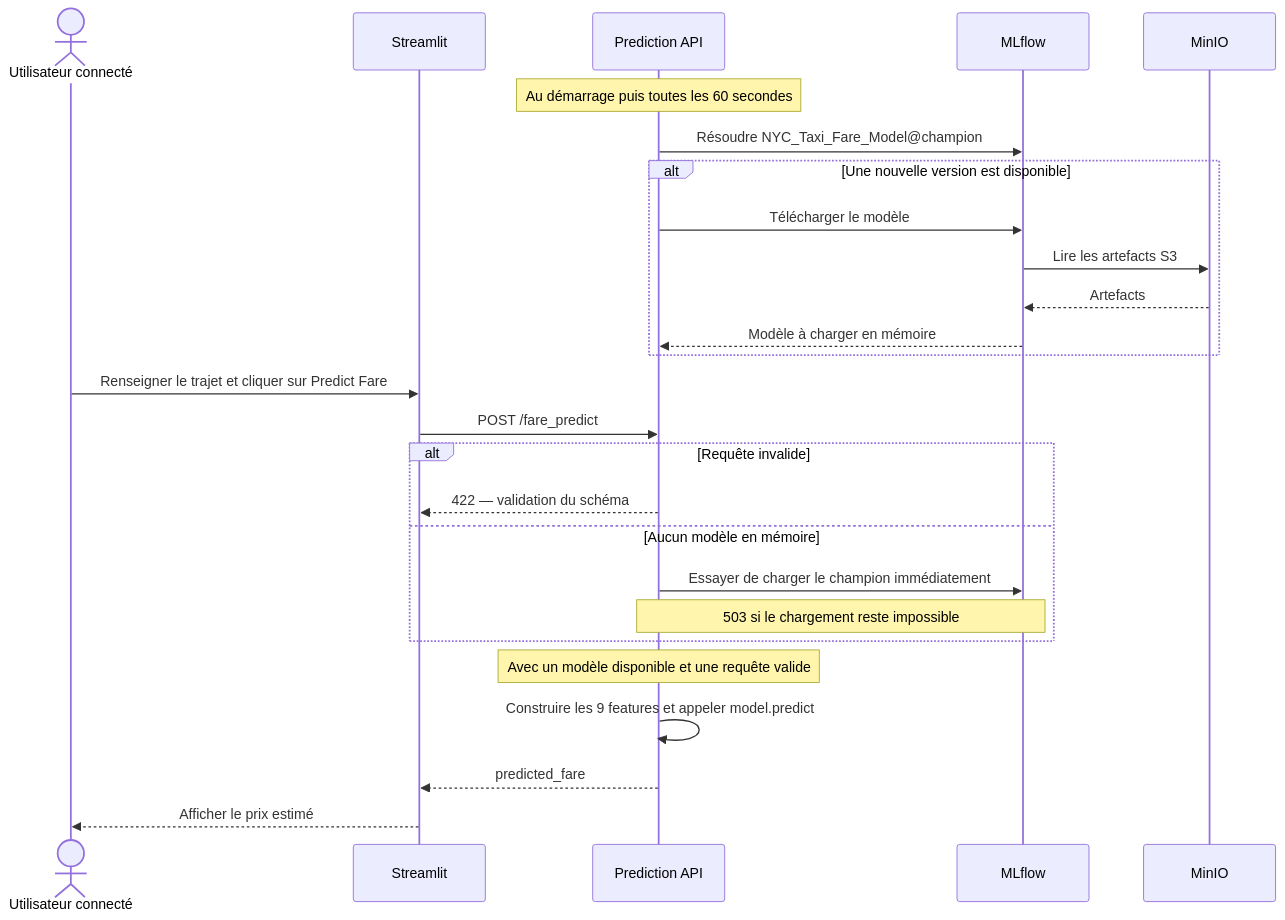
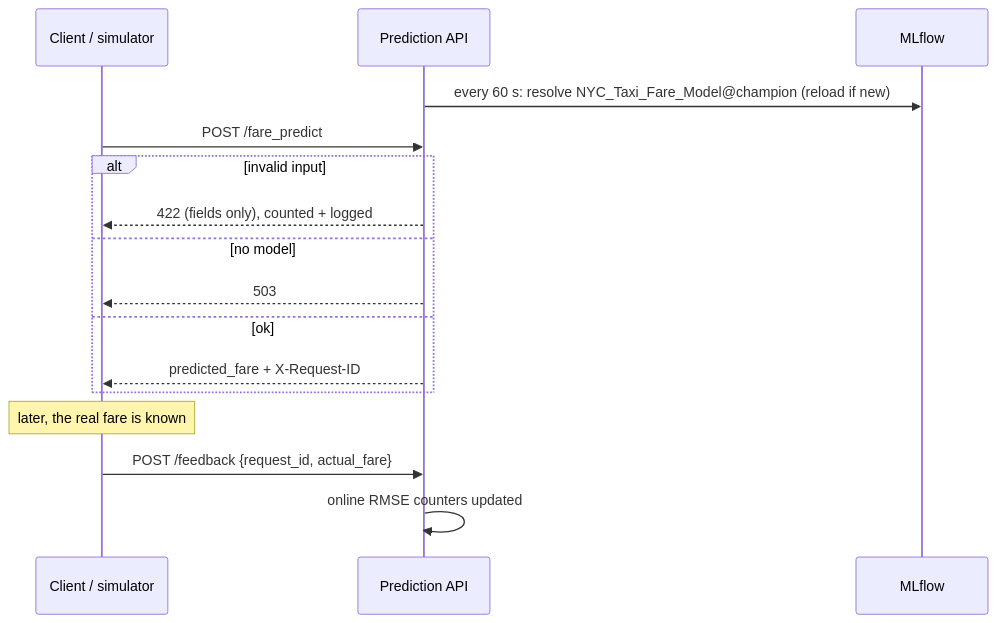
Before and after one commit to ssime-git/mc_4_monitoring_observability_nyc_taxi: the fourth of 4 diagrams in README.md, drawn with Mermaid. The commit also changed other lines of this file, not shown here.

````diff
--- a/README.md
+++ b/README.md
@@ -256,28 +132,18 @@
 ```mermaid
 sequenceDiagram
-    actor U as Utilisateur connecté
-    participant S as Streamlit
+    participant C as Client / simulator
     participant A as Prediction API
     participant M as MLflow
-    participant O as MinIO
-    Note over A: Au démarrage puis toutes les 60 secondes
-    A->>M: Résoudre NYC_Taxi_Fare_Model@champion
-    alt Une nouvelle version est disponible
-        A->>M: Télécharger le modèle
-        M->>O: Lire les artefacts S3
-        O-->>M: Artefacts
-        M-->>A: Modèle à charger en mémoire
+    A->>M: every 60 s: resolve NYC_Taxi_Fare_Model@champion (reload if new)
+    C->>A: POST /fare_predict
+    alt invalid input
+        A-->>C: 422 (fields only), counted + logged
+    else no model
+        A-->>C: 503
+    else ok
+        A-->>C: predicted_fare + X-Request-ID
     end
-    U->>S: Renseigner le trajet et cliquer sur Predict Fare
-    S->>A: POST /fare_predict
-    alt Requête invalide
-        A-->>S: 422 — validation du schéma
-    else Aucun modèle en mémoire
-        A->>M: Essayer de charger le champion immédiatement
-        Note over A,M: 503 si le chargement reste impossible
-    end
-    Note over A: Avec un modèle disponible et une requête valide
-    A->>A: Construire les 9 features et appeler model.predict
-    A-->>S: predicted_fare
-    S-->>U: Afficher le prix estimé
+    Note over C: later, the real fare is known
+    C->>A: POST /feedback {request_id, actual_fare}
+    A->>A: online RMSE counters updated
 ```
````
